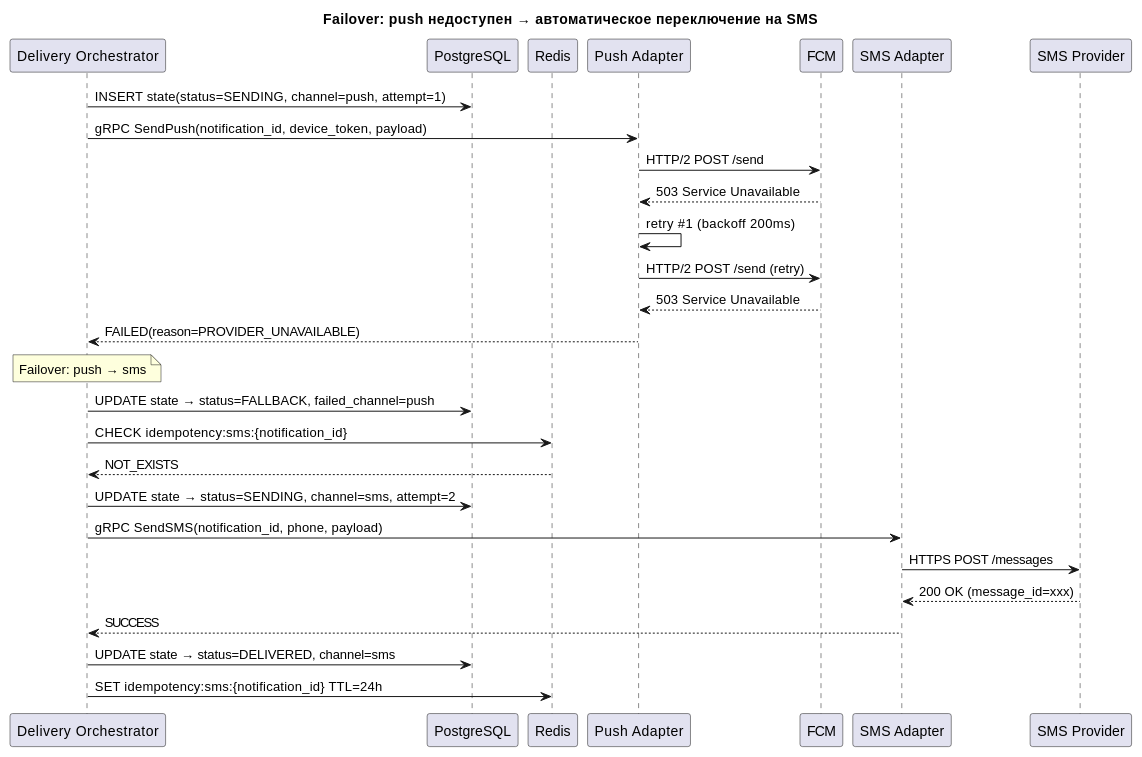
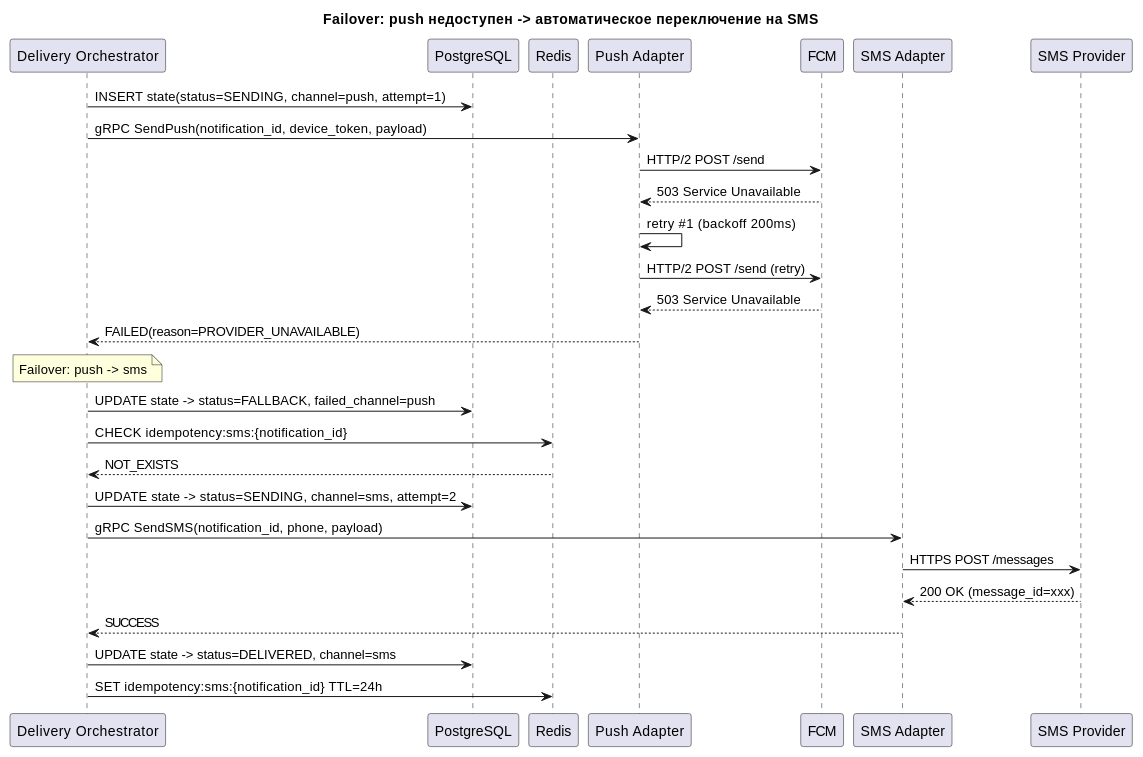
The third of 6 diagrams in hw4/rfc.md (SecondSon1/soa), drawn with PlantUML before and after one commit. The commit also changed other lines of this file, not shown here.

````diff
--- a/hw4/rfc.md
+++ b/hw4/rfc.md
@@ -291,37 +257,37 @@
 ```plantuml
 @startuml
-title Failover: push недоступен → автоматическое переключение на SMS
+title Failover: push недоступен -> автоматическое переключение на SMS
 
 participant "Delivery Orchestrator" as DO
 participant "PostgreSQL" as PG
 participant "Redis" as RD
 participant "Push Adapter" as PA
 participant "FCM" as FCM
 participant "SMS Adapter" as SA
 participant "SMS Provider" as SP
 
 DO -> PG : INSERT state(status=SENDING, channel=push, attempt=1)
 DO -> PA : gRPC SendPush(notification_id, device_token, payload)
 PA -> FCM : HTTP/2 POST /send
 FCM --> PA : 503 Service Unavailable
 PA -> PA : retry #1 (backoff 200ms)
 PA -> FCM : HTTP/2 POST /send (retry)
 FCM --> PA : 503 Service Unavailable
 PA --> DO : FAILED(reason=PROVIDER_UNAVAILABLE)
 
-note over DO : Failover: push → sms
+note over DO : Failover: push -> sms
 
-DO -> PG : UPDATE state → status=FALLBACK, failed_channel=push
+DO -> PG : UPDATE state -> status=FALLBACK, failed_channel=push
 DO -> RD : CHECK idempotency:sms:{notification_id}
 RD --> DO : NOT_EXISTS
-DO -> PG : UPDATE state → status=SENDING, channel=sms, attempt=2
+DO -> PG : UPDATE state -> status=SENDING, channel=sms, attempt=2
 DO -> SA : gRPC SendSMS(notification_id, phone, payload)
 SA -> SP : HTTPS POST /messages
 SP --> SA : 200 OK (message_id=xxx)
 SA --> DO : SUCCESS
 
-DO -> PG : UPDATE state → status=DELIVERED, channel=sms
+DO -> PG : UPDATE state -> status=DELIVERED, channel=sms
 DO -> RD : SET idempotency:sms:{notification_id} TTL=24h
 
 @enduml
 ```
````
